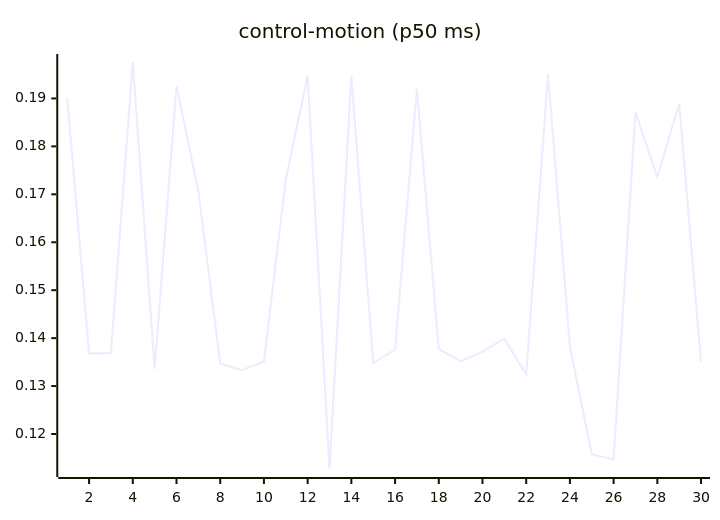
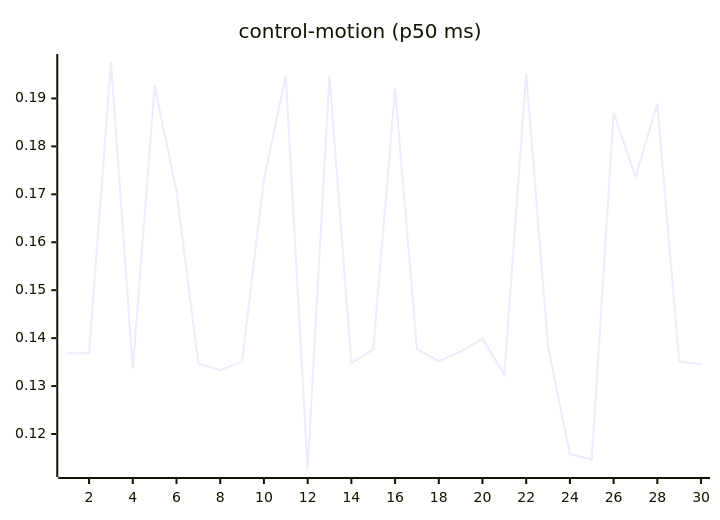
The seventh of 27 diagrams in README.md (josha/Facet), drawn with Mermaid before and after one commit. The commit also changed other lines of this file and 2 other files, not shown here.

````diff
--- a/README.md
+++ b/README.md
@@ -105,6 +105,6 @@
 ```mermaid
 xychart-beta
     title "control-motion (p50 ms)"
     x-axis 1 --> 30
-    line [0.1900, 0.1368, 0.1369, 0.1976, 0.1336, 0.1926, 0.1707, 0.1347, 0.1333, 0.1351, 0.1731, 0.1947, 0.1127, 0.1947, 0.1348, 0.1376, 0.1920, 0.1377, 0.1352, 0.1372, 0.1399, 0.1324, 0.1951, 0.1382, 0.1158, 0.1147, 0.1871, 0.1736, 0.1889, 0.1351]
+    line [0.1368, 0.1369, 0.1976, 0.1336, 0.1926, 0.1707, 0.1347, 0.1333, 0.1351, 0.1731, 0.1947, 0.1127, 0.1947, 0.1348, 0.1376, 0.1920, 0.1377, 0.1352, 0.1372, 0.1399, 0.1324, 0.1951, 0.1382, 0.1158, 0.1147, 0.1871, 0.1736, 0.1889, 0.1351, 0.1346]
 ```
````
